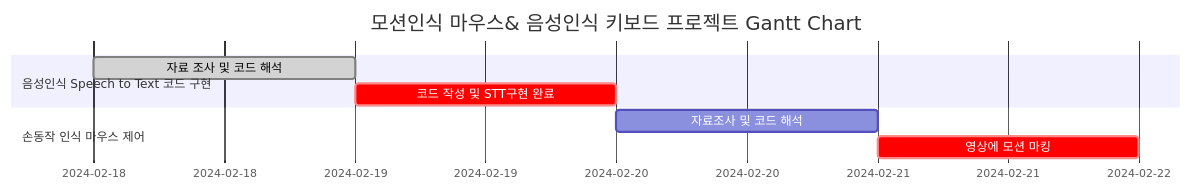
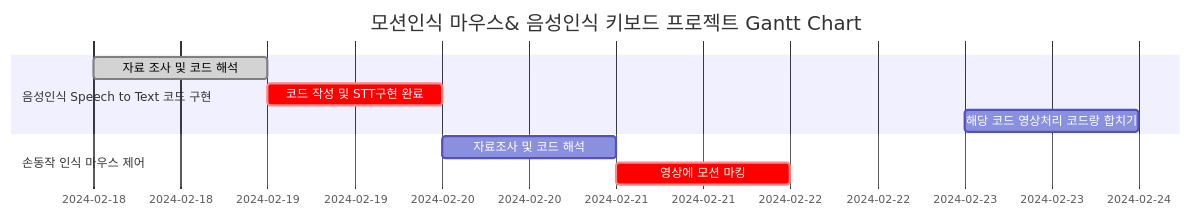
One commit to CodeMystero/motionKeyboardMouse changed the diagram in README.md. Above: the diagram before and after it, drawn with Mermaid.

````diff
--- a/README.md
+++ b/README.md
@@ -40,13 +40,14 @@
 ```mermaid
 gantt
     dateFormat  MM-DD-YYYY
     title       모션인식 마우스& 음성인식 키보드 프로젝트 Gantt Chart
 	
 	section 음성인식 Speech to Text 코드 구현
 		자료 조사 및 코드 해석 :done, 2024-02-18, 1d
                 코드 작성 및 STT구현 완료  :crit, 2024-02-19, 1d
+		해당 코드 영상처리 코드랑 합치기 :2024-02-23, 1d
 	
 	section 손동작 인식 마우스 제어
 		자료조사 및 코드 해석	: 2024-02-20, 1d
                 영상에 모션 마킹  :crit, 2024-02-21, 1d
 ```
````
